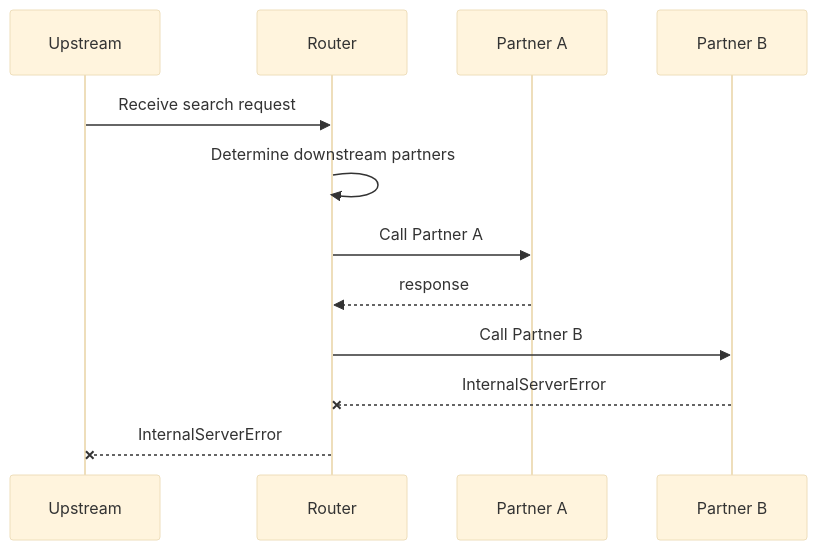
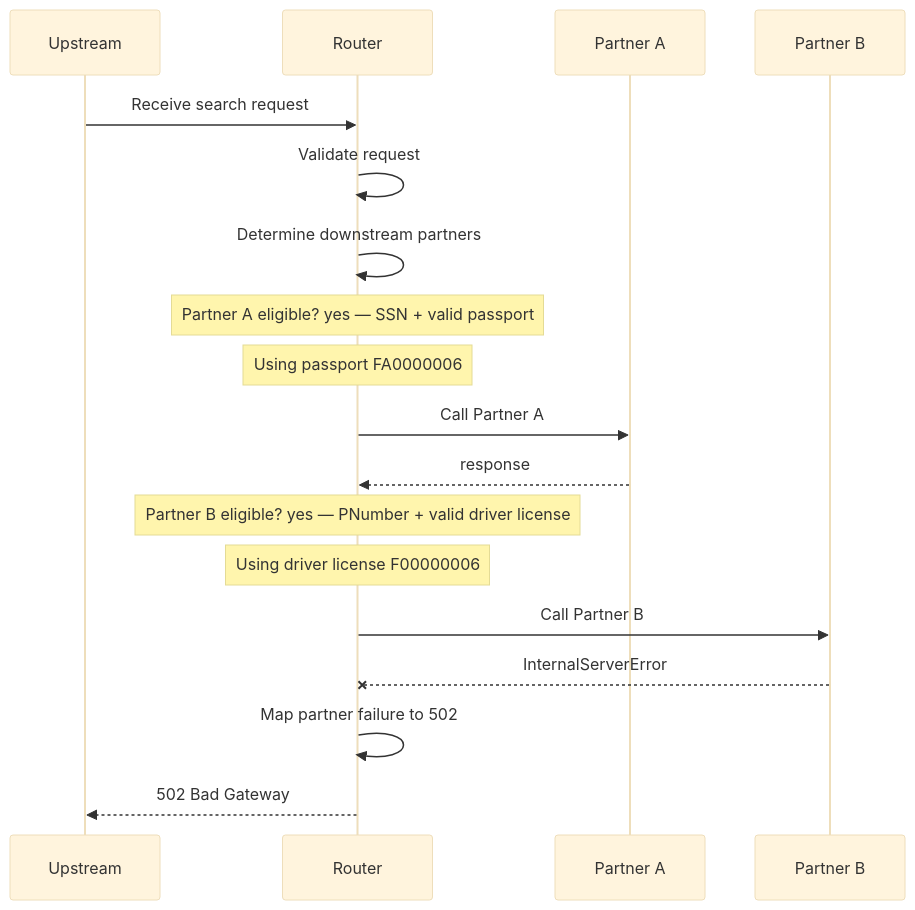
One commit to jwdomes/automockit changed the diagram in main-app/docs/flows/partner-b-error.mmd. Above: the diagram before and after it, drawn with Mermaid (base theme). The commit also changed 45 other files, not shown here.

```diff
--- a/main-app/docs/flows/partner-b-error.mmd
+++ b/main-app/docs/flows/partner-b-error.mmd
@@ -1,13 +1,19 @@
 sequenceDiagram
     %% Partner B returns 500 after A succeeds: request fails with 502 and C is never called
     participant UPSTREAM as Upstream
     participant ROUTER as Router
     participant PARTNER_A as Partner A
     participant PARTNER_B as Partner B
     UPSTREAM->>ROUTER: Receive search request
+    ROUTER->>ROUTER: Validate request
     ROUTER->>ROUTER: Determine downstream partners
+    Note over ROUTER: Partner A eligible? yes — SSN + valid passport
+    Note over ROUTER: Using passport FA0000006
     ROUTER->>PARTNER_A: Call Partner A
     PARTNER_A-->>ROUTER: response
+    Note over ROUTER: Partner B eligible? yes — PNumber + valid driver license
+    Note over ROUTER: Using driver license F00000006
     ROUTER->>PARTNER_B: Call Partner B
     PARTNER_B--xROUTER: InternalServerError
-    ROUTER--xUPSTREAM: InternalServerError
+    ROUTER->>ROUTER: Map partner failure to 502
+    ROUTER-->>UPSTREAM: 502 Bad Gateway
```
